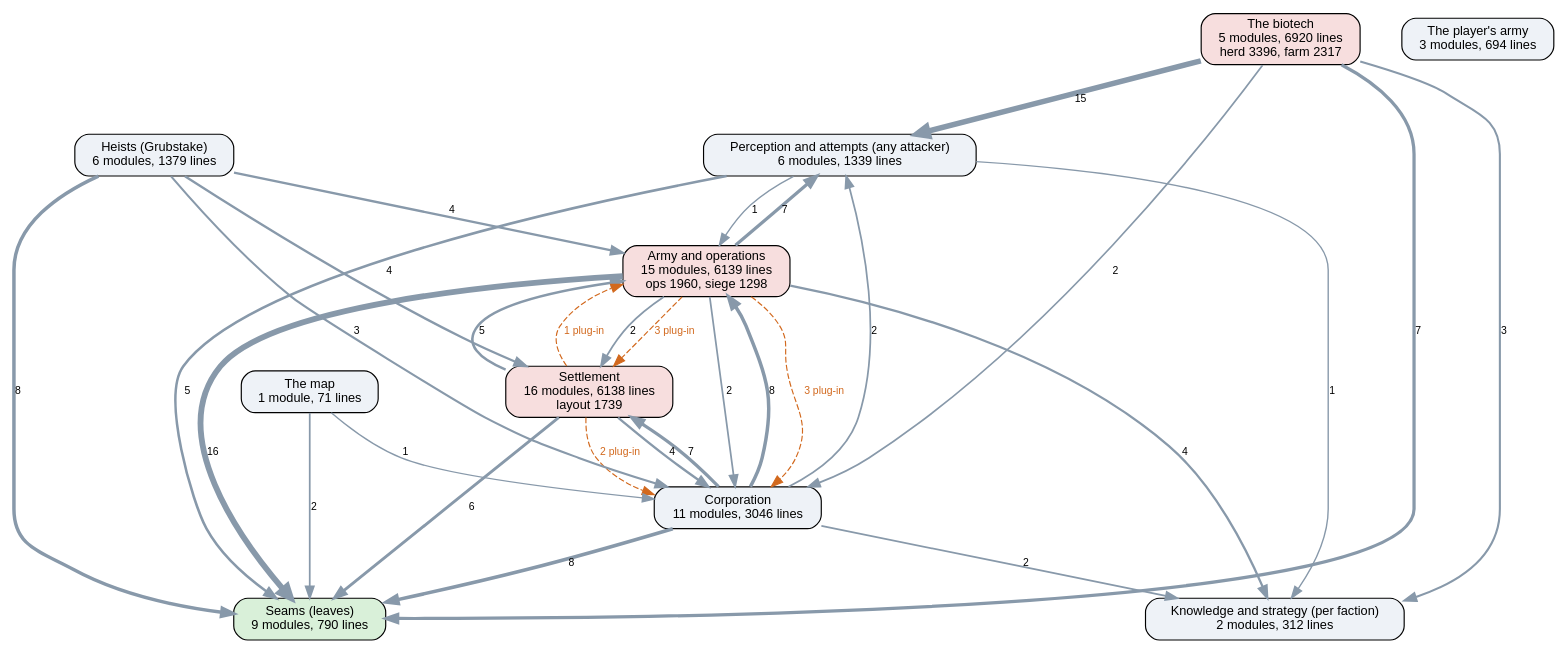
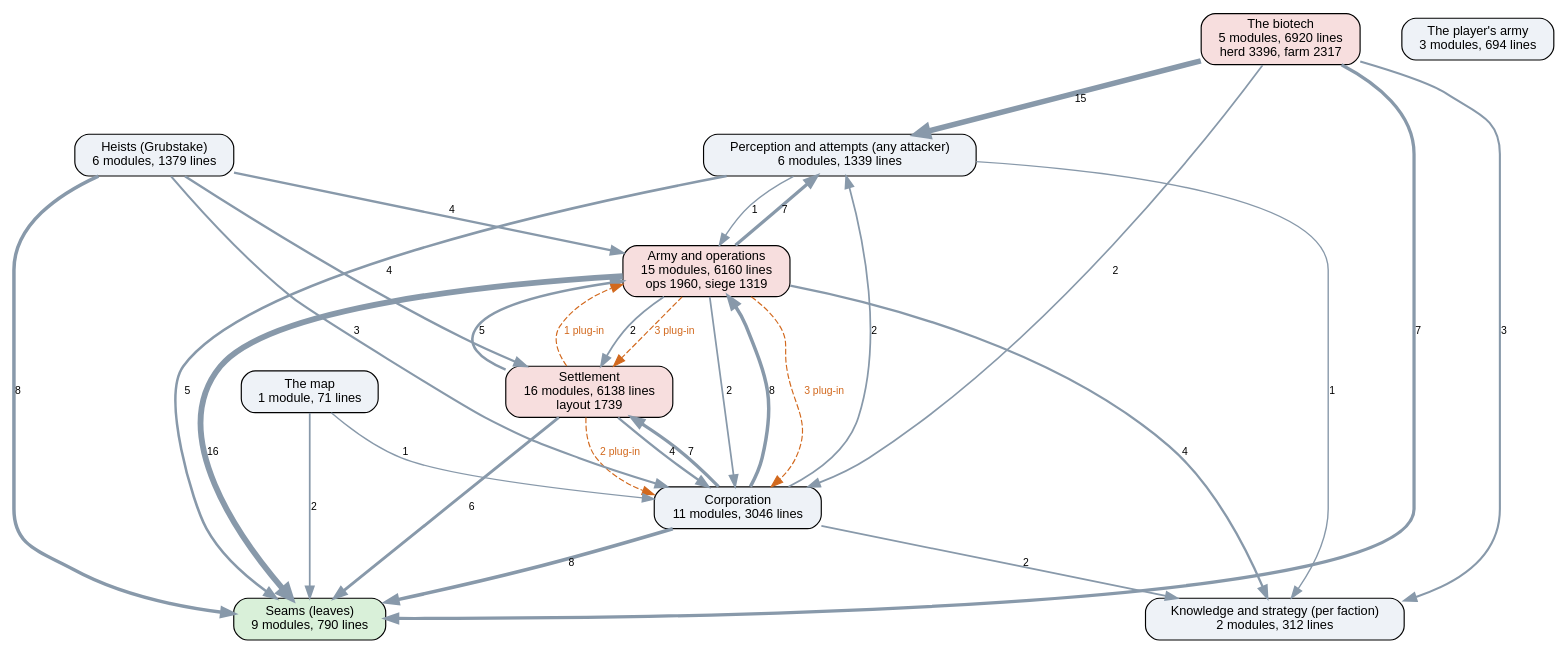
Before and after one commit to kinelhu/landing-party: the diagram in docs/ai-layers.dot, drawn with Graphviz. The commit also changed 10 other files, not shown here.

```diff
--- a/docs/ai-layers.dot
+++ b/docs/ai-layers.dot
@@ -1,45 +1,45 @@
 digraph layers {
   graph [rankdir=TB, fontname="Helvetica", nodesep=0.5, ranksep=0.7];
   node [shape=box, style="rounded,filled", fontname="Helvetica", fontsize=11, fillcolor="#eef2f7"];
   edge [color="#8899aa", fontname="Helvetica", fontsize=9];
   "Seams (leaves)" [label="Seams (leaves)\n9 modules, 790 lines", fillcolor="#d9f0d9"];
   "Perception and attempts (any attacker)" [label="Perception and attempts (any attacker)\n6 modules, 1339 lines", fillcolor="#eef2f7"];
   "Knowledge and strategy (per faction)" [label="Knowledge and strategy (per faction)\n2 modules, 312 lines", fillcolor="#eef2f7"];
   "Corporation" [label="Corporation\n11 modules, 3046 lines", fillcolor="#eef2f7"];
   "Settlement" [label="Settlement\n16 modules, 6138 lines\nlayout 1739", fillcolor="#f7dede"];
-  "Army and operations" [label="Army and operations\n15 modules, 6139 lines\nops 1960, siege 1298", fillcolor="#f7dede"];
+  "Army and operations" [label="Army and operations\n15 modules, 6160 lines\nops 1960, siege 1319", fillcolor="#f7dede"];
   "Heists (Grubstake)" [label="Heists (Grubstake)\n6 modules, 1379 lines", fillcolor="#eef2f7"];
   "The biotech" [label="The biotech\n5 modules, 6920 lines\nherd 3396, farm 2317", fillcolor="#f7dede"];
   "The map" [label="The map\n1 module, 71 lines", fillcolor="#eef2f7"];
   "The player's army" [label="The player's army\n3 modules, 694 lines", fillcolor="#eef2f7"];
   "Army and operations" -> "Corporation" [label="2", penwidth=1.5];
   "Army and operations" -> "Knowledge and strategy (per faction)" [label="4", penwidth=2.0];
   "Army and operations" -> "Perception and attempts (any attacker)" [label="7", penwidth=2.8];
   "Army and operations" -> "Seams (leaves)" [label="16", penwidth=5.0];
   "Army and operations" -> "Settlement" [label="2", penwidth=1.5];
   "Corporation" -> "Army and operations" [label="8", penwidth=3.0];
   "Corporation" -> "Knowledge and strategy (per faction)" [label="2", penwidth=1.5];
   "Corporation" -> "Perception and attempts (any attacker)" [label="2", penwidth=1.5];
   "Corporation" -> "Seams (leaves)" [label="8", penwidth=3.0];
   "Corporation" -> "Settlement" [label="7", penwidth=2.8];
   "Heists (Grubstake)" -> "Army and operations" [label="4", penwidth=2.0];
   "Heists (Grubstake)" -> "Corporation" [label="3", penwidth=1.8];
   "Heists (Grubstake)" -> "Seams (leaves)" [label="8", penwidth=3.0];
   "Heists (Grubstake)" -> "Settlement" [label="4", penwidth=2.0];
   "Perception and attempts (any attacker)" -> "Army and operations" [label="1", penwidth=1.2];
   "Perception and attempts (any attacker)" -> "Knowledge and strategy (per faction)" [label="1", penwidth=1.2];
   "Perception and attempts (any attacker)" -> "Seams (leaves)" [label="5", penwidth=2.2];
   "Settlement" -> "Army and operations" [label="5", penwidth=2.2];
   "Settlement" -> "Corporation" [label="4", penwidth=2.0];
   "Settlement" -> "Seams (leaves)" [label="6", penwidth=2.5];
   "The biotech" -> "Corporation" [label="2", penwidth=1.5];
   "The biotech" -> "Knowledge and strategy (per faction)" [label="3", penwidth=1.8];
   "The biotech" -> "Perception and attempts (any attacker)" [label="15", penwidth=4.8];
   "The biotech" -> "Seams (leaves)" [label="7", penwidth=2.8];
   "The map" -> "Corporation" [label="1", penwidth=1.2];
   "The map" -> "Seams (leaves)" [label="2", penwidth=1.5];
   "Army and operations" -> "Corporation" [style=dashed, color="#d2691e", fontcolor="#d2691e", label="3 plug-in"];
   "Army and operations" -> "Settlement" [style=dashed, color="#d2691e", fontcolor="#d2691e", label="3 plug-in"];
   "Settlement" -> "Army and operations" [style=dashed, color="#d2691e", fontcolor="#d2691e", label="1 plug-in"];
   "Settlement" -> "Corporation" [style=dashed, color="#d2691e", fontcolor="#d2691e", label="2 plug-in"];
 }
```
